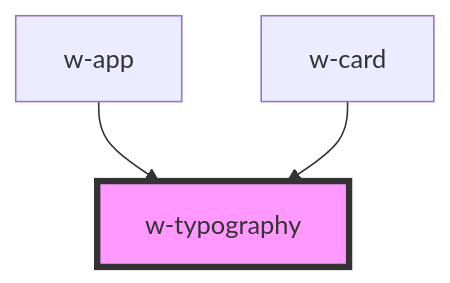
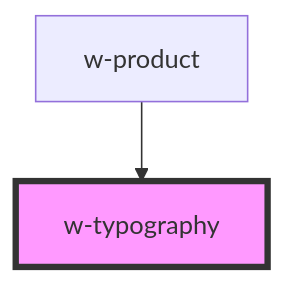
Before and after one commit to xe4me/woolies-design-system: the diagram in src/components/w-typography/readme.md, drawn with Mermaid. The commit also changed other lines of this file and 20 other files, not shown here.

Commit message:
Removed w-card and implemented w-product

````diff
--- a/src/components/w-typography/readme.md
+++ b/src/components/w-typography/readme.md
@@ -23,6 +22,5 @@
 ```mermaid
 graph TD;
-  w-app --> w-typography
-  w-card --> w-typography
+  w-product --> w-typography
   style w-typography fill:#f9f,stroke:#333,stroke-width:4px
 ```
````
